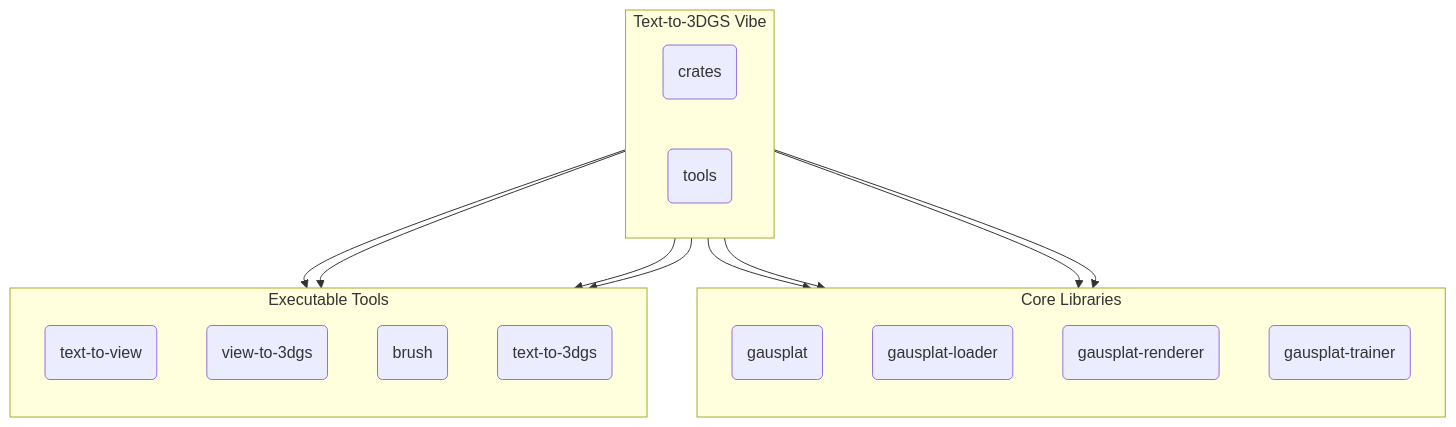
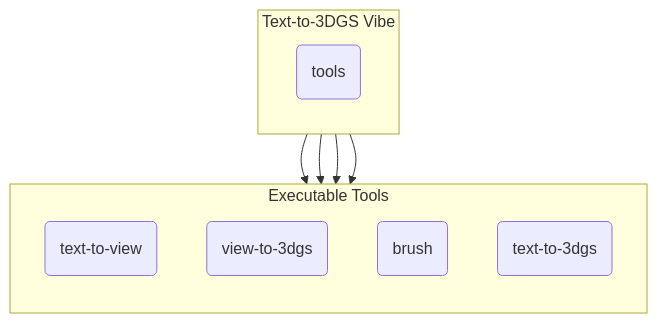
Before and after one commit to AsherJingkongChen/text-to-3dgs-vibe: the diagram in README.md, drawn with Mermaid. The commit also changed other lines of this file, not shown here.

Commit message:
docs: Update project structure in README

````diff
--- a/README.md
+++ b/README.md
@@ -17,24 +17,15 @@
 ```mermaid
 graph TD;
     subgraph Text-to-3DGS Vibe
         direction LR
-        A(crates)
         B(tools)
-    end
-
-    subgraph Core Libraries
-        direction TB
-        A --> lib1(gausplat)
-        A --> lib2(gausplat-loader)
-        A --> lib3(gausplat-renderer)
-        A --> lib4(gausplat-trainer)
     end
 
     subgraph Executable Tools
         direction TB
         B --> tool1(text-to-view)
         B --> tool4(view-to-3dgs)
         B --> tool2(brush)
         B --> tool3(text-to-3dgs)
     end
 ```
````
